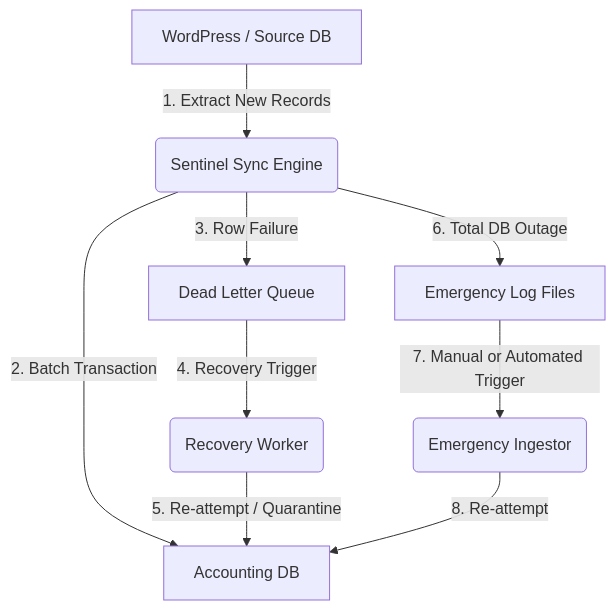
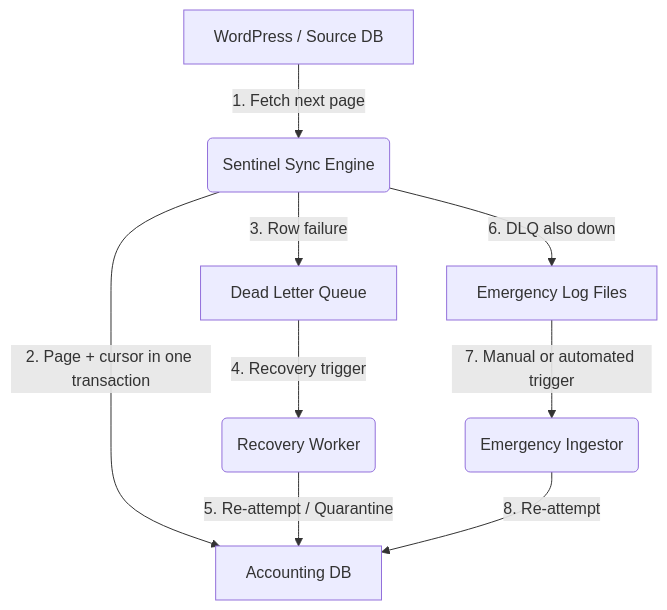
One commit to Hawsome/sentinel-sync-engine changed the diagram in README.md. Above: the diagram before and after it, drawn with Mermaid. The commit also changed other lines of this file and 25 other files, not shown here.

````diff
--- a/README.md
+++ b/README.md
@@ -25,11 +25,11 @@
 ```mermaid
 graph TD
-    A[WordPress / Source DB] -->|1. Extract New Records| B(Sentinel Sync Engine)
-    B -->|2. Batch Transaction| C[Accounting DB]
-    B -->|3. Row Failure| D[Dead Letter Queue]
-    D -->|4. Recovery Trigger| E(Recovery Worker)
+    A[WordPress / Source DB] -->|1. Fetch next page| B(Sentinel Sync Engine)
+    B -->|2. Page + cursor in one transaction| C[Accounting DB]
+    B -->|3. Row failure| D[Dead Letter Queue]
+    D -->|4. Recovery trigger| E(Recovery Worker)
     E -->|5. Re-attempt / Quarantine| C
-    B -->|6. Total DB Outage| F[Emergency Log Files]
-    F -->|7. Manual or Automated Trigger| G(Emergency Ingestor)
+    B -->|6. DLQ also down| F[Emergency Log Files]
+    F -->|7. Manual or automated trigger| G(Emergency Ingestor)
     G -->|8. Re-attempt| C
 ```
````
